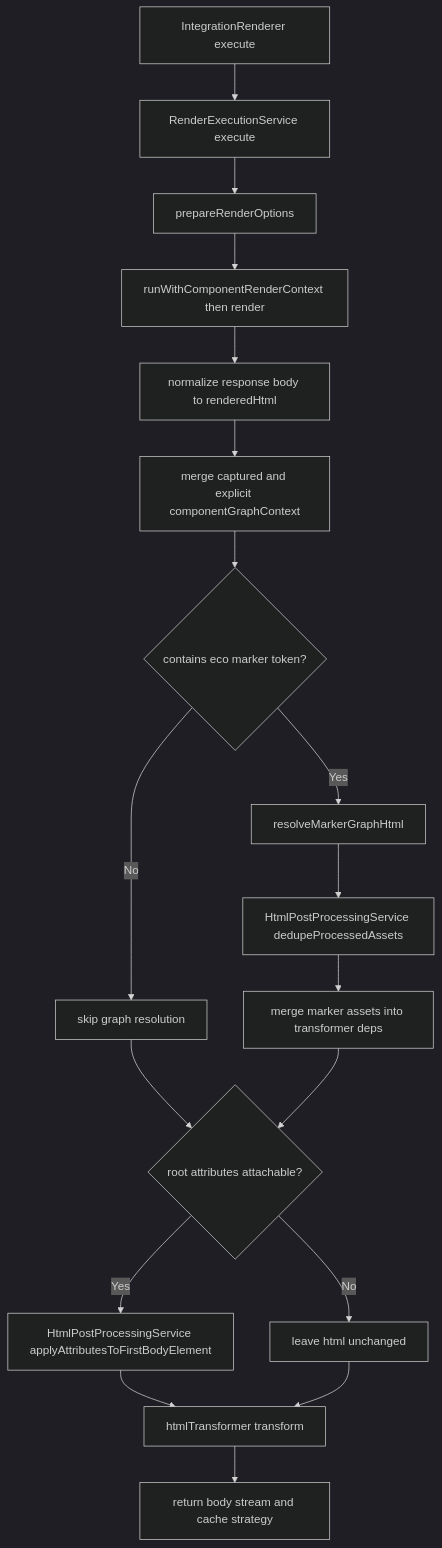
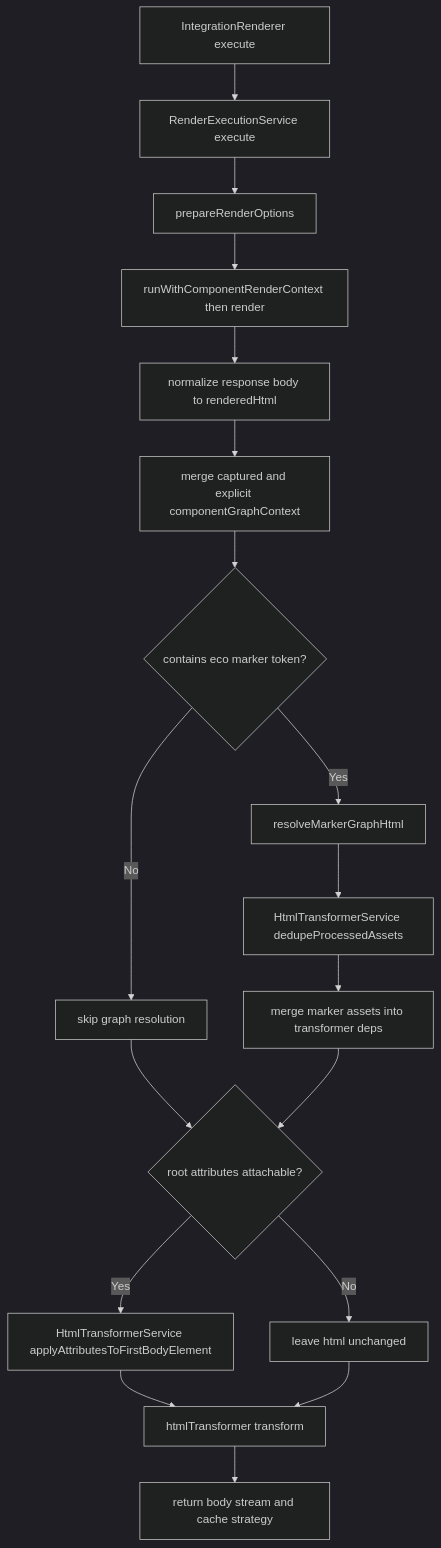
Before and after one commit to ecopages/ecopages: the fifth of 11 diagrams in packages/core/src/route-renderer/GRAPH.md, drawn with Mermaid (dark theme). The commit also changed other lines of this file and 8 other files, not shown here.

Commit message:
refactor(core): fold html post processing into transformer

````diff
--- a/packages/core/src/route-renderer/GRAPH.md
+++ b/packages/core/src/route-renderer/GRAPH.md
@@ -148,20 +148,20 @@
 ```mermaid
 flowchart TD
   A[IntegrationRenderer execute] --> B[RenderExecutionService execute]
   B --> C[prepareRenderOptions]
   C --> D[runWithComponentRenderContext then render]
   D --> E[normalize response body to renderedHtml]
   E --> F[merge captured and explicit componentGraphContext]
   F --> G{contains eco marker token?}
   G -- Yes --> H[resolveMarkerGraphHtml]
   G -- No --> I[skip graph resolution]
-  H --> J[HtmlPostProcessingService dedupeProcessedAssets]
+  H --> J[HtmlTransformerService dedupeProcessedAssets]
   J --> K[merge marker assets into transformer deps]
   I --> L{root attributes attachable?}
   K --> L
-  L -- Yes --> M[HtmlPostProcessingService applyAttributesToFirstBodyElement]
+  L -- Yes --> M[HtmlTransformerService applyAttributesToFirstBodyElement]
   L -- No --> N[leave html unchanged]
   M --> O[htmlTransformer transform]
   N --> O
   O --> P[return body stream and cache strategy]
 ```
````
